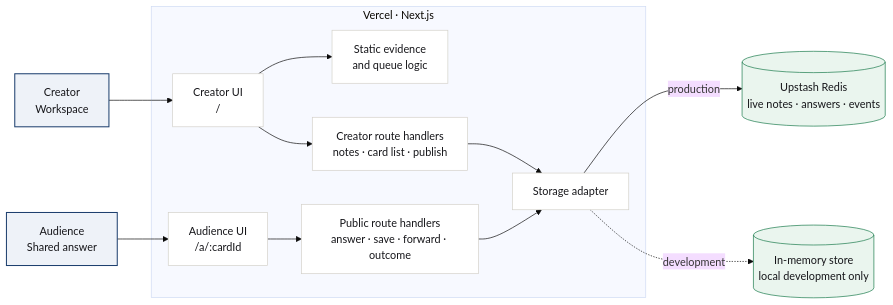
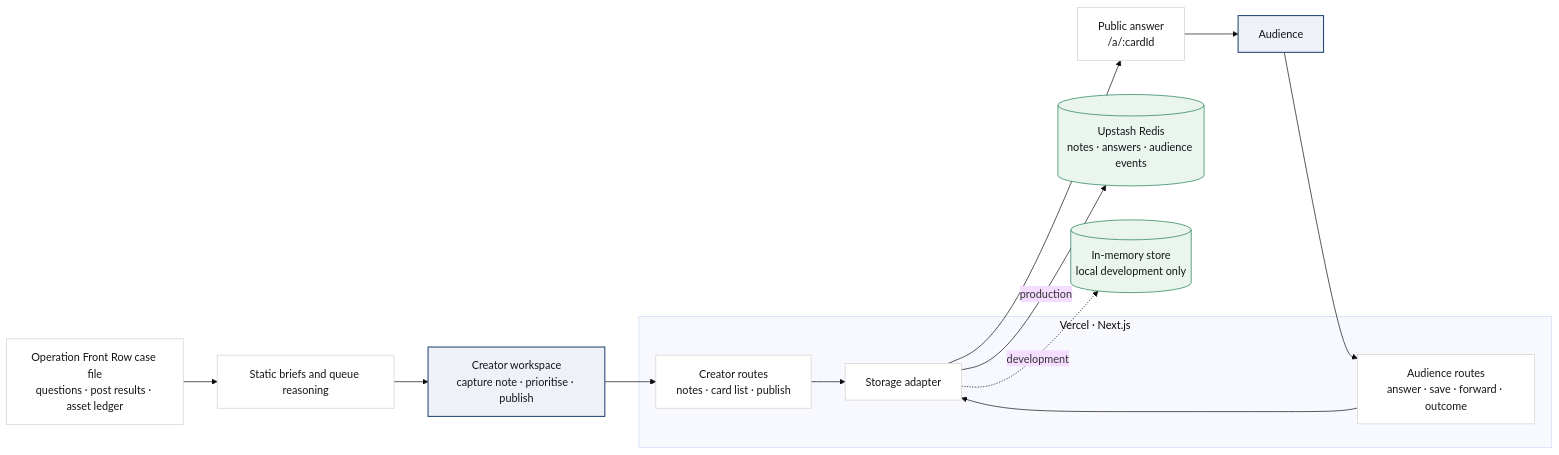
Before and after one commit to adityasingh-stripe/front-row: the first of 2 diagrams in README.md, drawn with Mermaid (base theme). The commit also changed other lines of this file, not shown here.

First line of the commit message:
Document current and target architectures

````diff
--- a/README.md
+++ b/README.md
@@ -21,34 +25,31 @@
 ```mermaid
 flowchart LR
-    creator["Creator<br/>Workspace"]
-    audience["Audience<br/>Shared answer"]
+    caseFile["Operation Front Row case file<br/>questions · post results · asset ledger"]
+    queue["Static briefs and queue reasoning"]
+    creator["Creator workspace<br/>capture note · prioritise · publish"]
 
     subgraph next["Vercel · Next.js"]
-        creatorUI["Creator UI<br/>/"]
-        audienceUI["Audience UI<br/>/a/:cardId"]
-        evidence["Static evidence<br/>and queue logic"]
-        creatorAPI["Creator route handlers<br/>notes · card list · publish"]
-        publicAPI["Public route handlers<br/>answer · save · forward · outcome"]
+        creatorAPI["Creator routes<br/>notes · card list · publish"]
+        audienceAPI["Audience routes<br/>answer · save · forward · outcome"]
         store["Storage adapter"]
     end
 
-    redis[("Upstash Redis<br/>live notes · answers · events")]
+    redis[("Upstash Redis<br/>notes · answers · audience events")]
     memory[("In-memory store<br/>local development only")]
+    answer["Public answer<br/>/a/:cardId"]
+    audience["Audience"]
 
-    creator --> creatorUI
-    creatorUI --> evidence
-    creatorUI --> creatorAPI
-    audience --> audienceUI
-    audienceUI --> publicAPI
-    creatorAPI --> store
-    publicAPI --> store
+    caseFile --> queue --> creator
+    creator --> creatorAPI --> store
+    store --> answer --> audience
+    audience --> audienceAPI --> store
     store -->|"production"| redis
     store -.->|"development"| memory
 
     classDef person fill:#eef2f8,stroke:#1d3f6e,color:#16161a,stroke-width:1.5px;
     classDef surface fill:#ffffff,stroke:#d3d0c9,color:#16161a;
     classDef data fill:#eaf5ee,stroke:#197a4b,color:#16161a;
     class creator,audience person;
-    class creatorUI,audienceUI,evidence,creatorAPI,publicAPI,store surface;
+    class caseFile,queue,creatorAPI,audienceAPI,store,answer surface;
     class redis,memory data;
 ```
````
